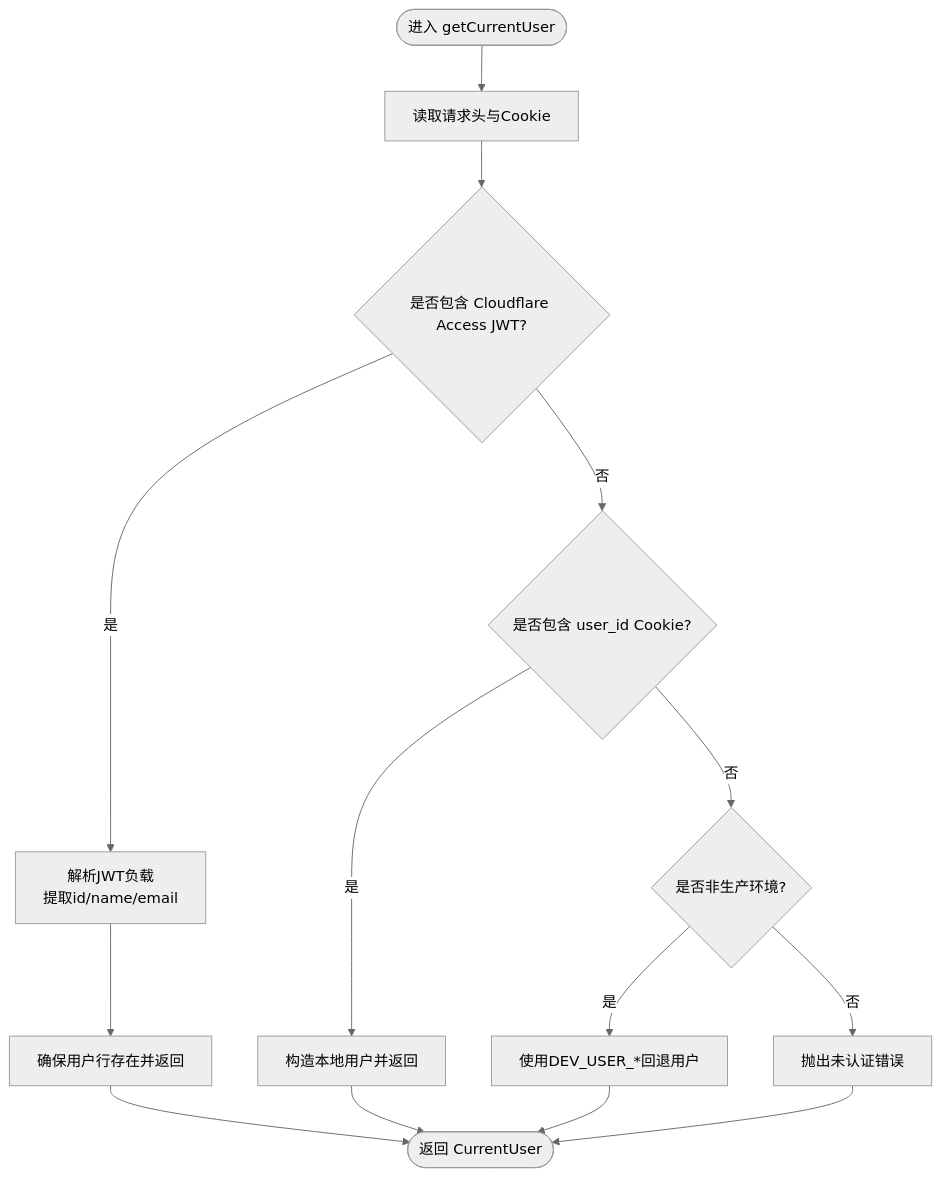
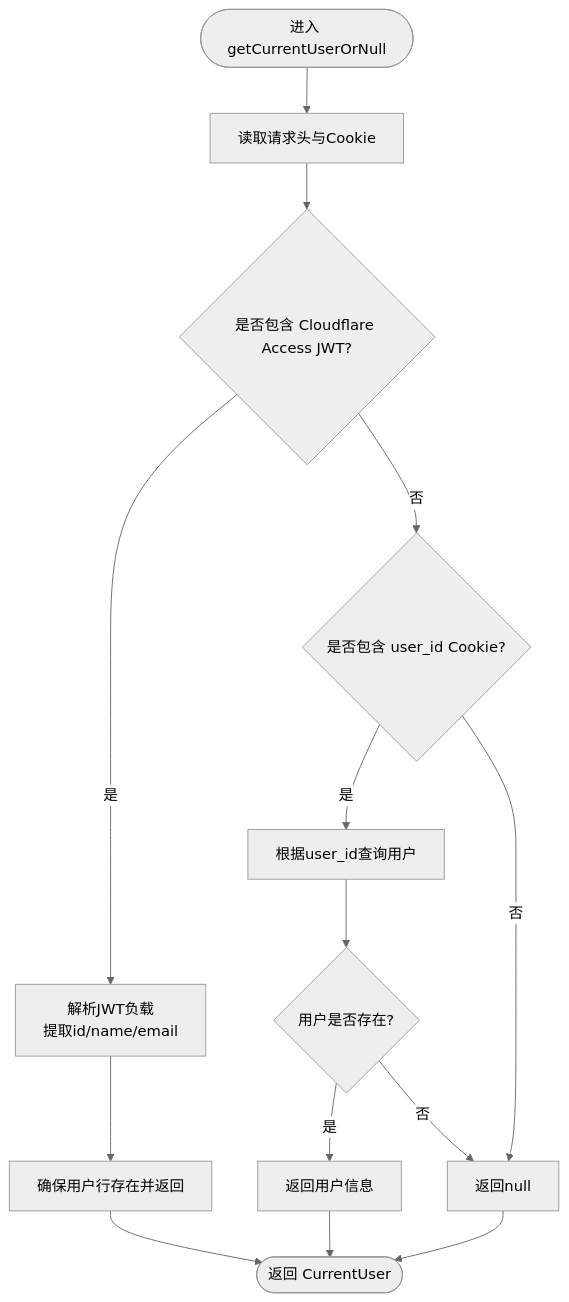
The third of 7 diagrams in .qoder/repowiki/zh/content/核心模块/认证系统.md (pnnh/weable), drawn with Mermaid (neutral theme) before and after one commit. The commit also changed other lines of this file and 161 other files, not shown here.

````diff
--- a/.qoder/repowiki/zh/content/核心模块/认证系统.md
+++ b/.qoder/repowiki/zh/content/核心模块/认证系统.md
@@ -122,16 +150,16 @@
 ```mermaid
 flowchart TD
-Start(["进入 getCurrentUser"]) --> ReadHeaders["读取请求头与Cookie"]
+Start(["进入 getCurrentUserOrNull"]) --> ReadHeaders["读取请求头与Cookie"]
 ReadHeaders --> HasCF{"是否包含 Cloudflare Access JWT?"}
 HasCF --> |是| ParseJWT["解析JWT负载<br/>提取id/name/email"]
 ParseJWT --> EnsureUser["确保用户行存在并返回"]
 HasCF --> |否| CheckCookie{"是否包含 user_id Cookie?"}
-CheckCookie --> |是| BuildLocalUser["构造本地用户并返回"]
-CheckCookie --> |否| EnvCheck{"是否非生产环境?"}
-EnvCheck --> |是| DevFallback["使用DEV_USER_*回退用户"]
-EnvCheck --> |否| ThrowError["抛出未认证错误"]
+CheckCookie --> |是| QueryUser["根据user_id查询用户"]
+QueryUser --> UserFound{"用户是否存在?"}
+UserFound --> |是| ReturnUser["返回用户信息"]
+UserFound --> |否| ReturnNull["返回null"]
+CheckCookie --> |否| ReturnNull
 EnsureUser --> End(["返回 CurrentUser"])
-BuildLocalUser --> End
-DevFallback --> End
-ThrowError --> End
+ReturnUser --> End
+ReturnNull --> End
 ```
````
